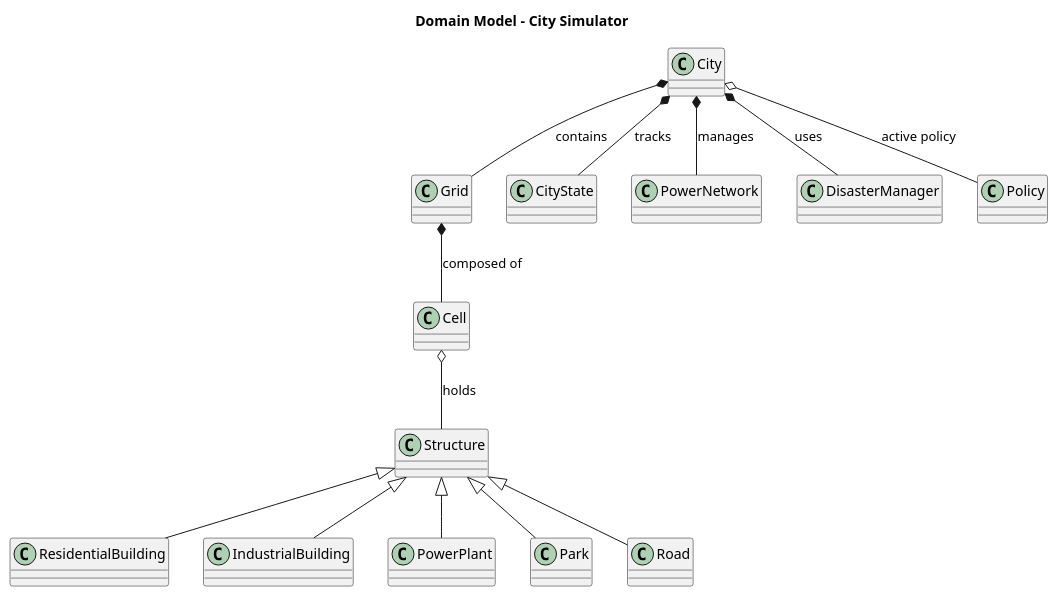
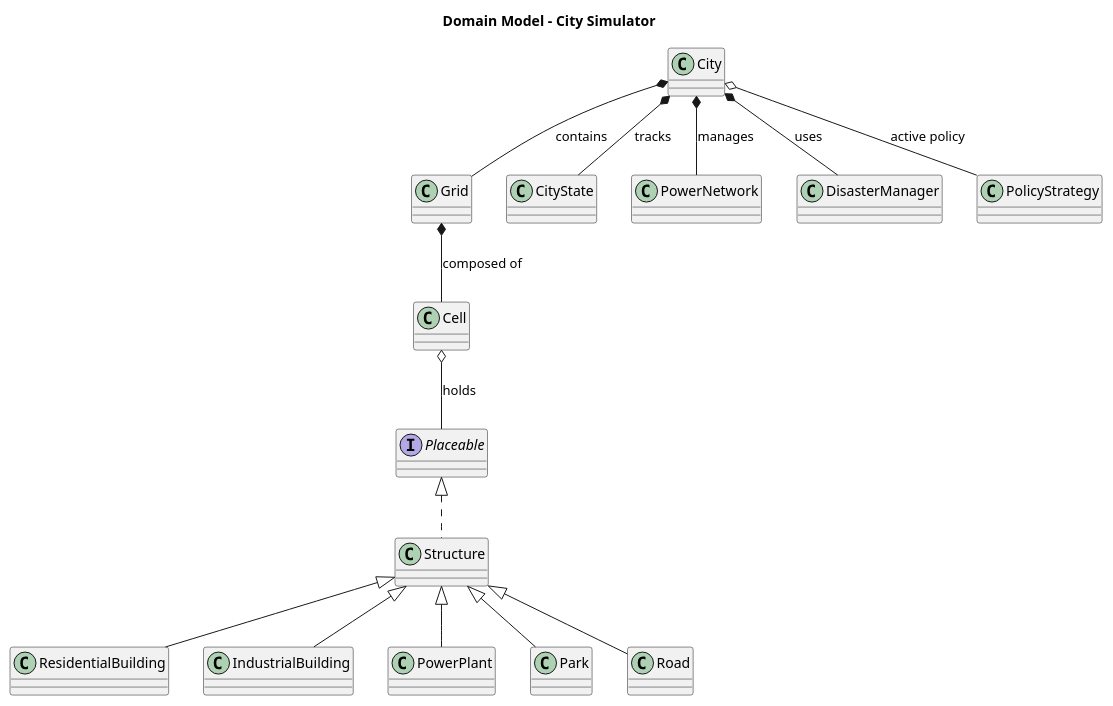
Before and after one commit to simonebumstead/city_simulator: the diagram in docs/diagrams/md/DomainModelUML.md, drawn with PlantUML. The commit also changed 4 other files, not shown here.

Commit message:
modifiche ai diagrammi + aggiunto file con user stories e file di system test

````diff
--- a/docs/diagrams/md/DomainModelUML.md
+++ b/docs/diagrams/md/DomainModelUML.md
@@ -1,39 +1,41 @@
 ```plantuml
 @startuml
 title Domain Model - City Simulator
 
 ' --- Entità Principali ---
 class City
 class Grid
 class Cell
 class CityState
 class PowerNetwork
 class DisasterManager
-class Policy
+class PolicyStrategy
 
 ' --- Strutture ---
+interface Placeable
 class Structure
 class ResidentialBuilding
 class IndustrialBuilding
 class PowerPlant
 class Park
 class Road
 
 ' --- Relazioni ---
 City *-- Grid : contains
 City *-- CityState : tracks
 City *-- PowerNetwork : manages
 City *-- DisasterManager : uses
-City o-- Policy : active policy
+City o-- PolicyStrategy : active policy
 
 Grid *-- Cell : composed of
-Cell o-- Structure : holds
+Cell o-- Placeable : holds
 
+Placeable <|.. Structure
 Structure <|-- ResidentialBuilding
 Structure <|-- IndustrialBuilding
 Structure <|-- PowerPlant
 Structure <|-- Park
 Structure <|-- Road
 
 @enduml
 ```
````
